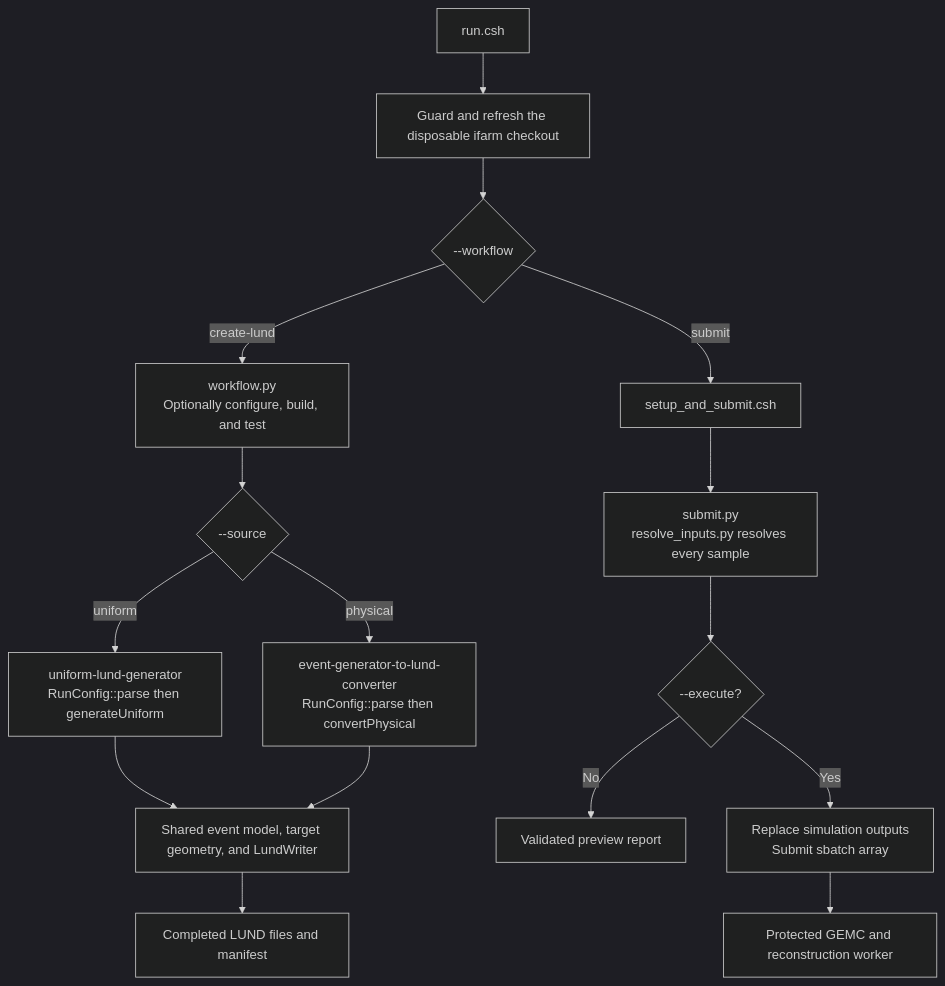
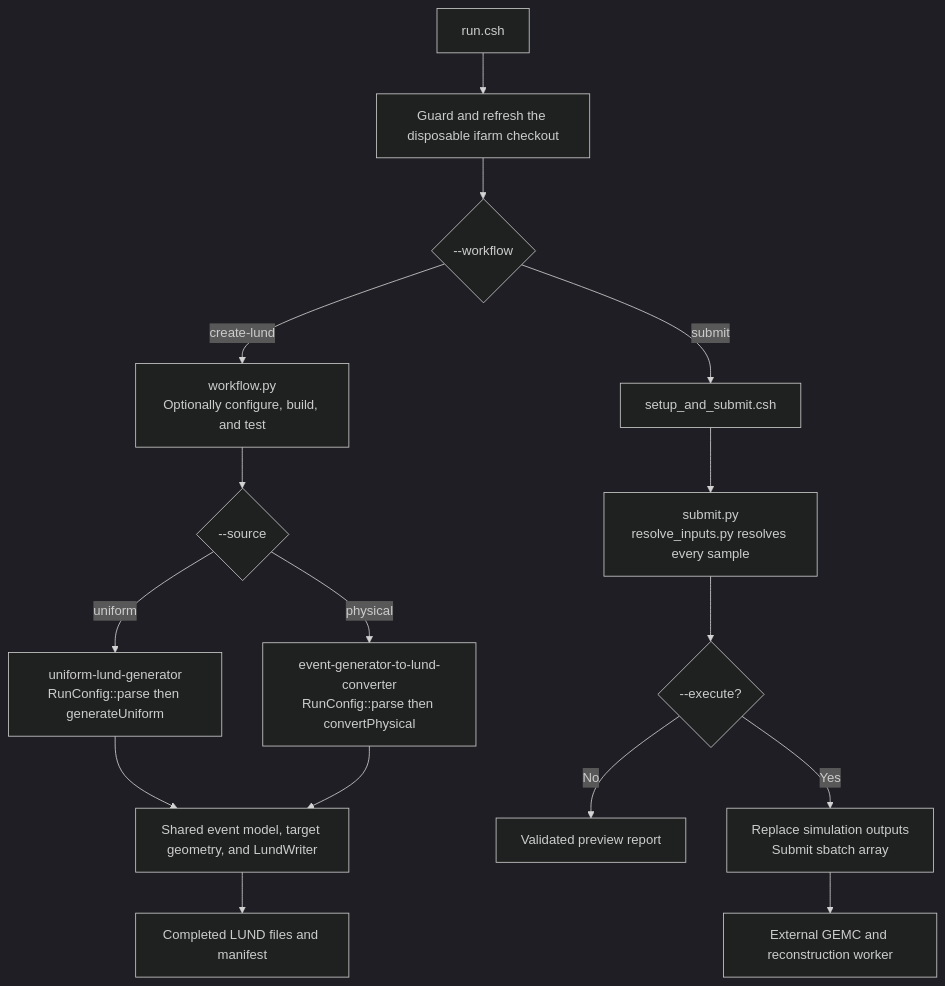
One commit to alons126/CLAS12-sample-generator changed the diagram in docs/concepts/architecture.md. Above: the diagram before and after it, drawn with Mermaid (dark theme). The commit also changed other lines of this file and 73 other files, not shown here.

````diff
--- a/docs/concepts/architecture.md
+++ b/docs/concepts/architecture.md
@@ -41,20 +41,20 @@
 ```mermaid
 flowchart TB
     R["run.csh"] --> G["Guard and refresh the disposable ifarm checkout"]
     G --> W{"--workflow"}
 
     W -->|create-lund| L["workflow.py<br/>Optionally configure, build, and test"]
     L --> S{"--source"}
     S -->|uniform| U["uniform-lund-generator<br/>RunConfig::parse then generateUniform"]
     S -->|physical| P["event-generator-to-lund-converter<br/>RunConfig::parse then convertPhysical"]
     U --> LW["Shared event model, target geometry, and LundWriter"]
     P --> LW
     LW --> F["Completed LUND files and manifest"]
 
     W -->|submit| C["setup_and_submit.csh"]
     C --> PY["submit.py<br/>resolve_inputs.py resolves every sample"]
     PY --> X{"--execute?"}
     X -->|No| V["Validated preview report"]
     X -->|Yes| A["Replace simulation outputs<br/>Submit sbatch array"]
-    A --> J["Protected GEMC and reconstruction worker"]
+    A --> J["External GEMC and reconstruction worker"]
 ```
````
